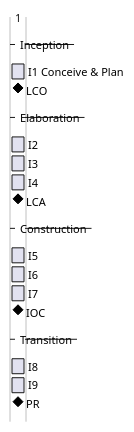
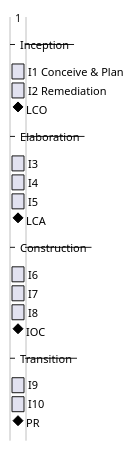
One commit to banense-test/trademe changed the first of 2 diagrams in docs/artifacts/project-management/iteration-plan.md. Above: the diagram before and after it, drawn with PlantUML. The commit also changed other lines of this file, not shown here.

First line of the commit message:
Project Manager [I2]: upsert Iteration Plan

````diff
--- a/docs/artifacts/project-management/iteration-plan.md
+++ b/docs/artifacts/project-management/iteration-plan.md
@@ -20,22 +19,23 @@
 ```plantuml
 @startgantt
 hide footbox
 -- Inception --
 [I1 Conceive & Plan] lasts 1 days
-[LCO] happens at [I1 Conceive & Plan]'s end
+[I2 Remediation] lasts 1 days
+[LCO] happens at [I2 Remediation]'s end
 -- Elaboration --
-[I2] lasts 1 days
 [I3] lasts 1 days
 [I4] lasts 1 days
-[LCA] happens at [I4]'s end
+[I5] lasts 1 days
+[LCA] happens at [I5]'s end
 -- Construction --
-[I5] lasts 1 days
 [I6] lasts 1 days
 [I7] lasts 1 days
-[IOC] happens at [I7]'s end
+[I8] lasts 1 days
+[IOC] happens at [I8]'s end
 -- Transition --
-[I8] lasts 1 days
 [I9] lasts 1 days
-[PR] happens at [I9]'s end
+[I10] lasts 1 days
+[PR] happens at [I10]'s end
 @endgantt
 ```
````
